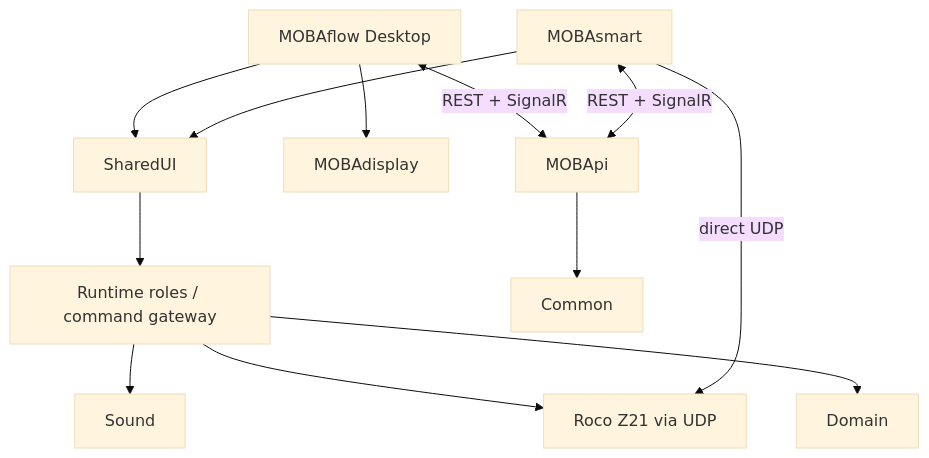
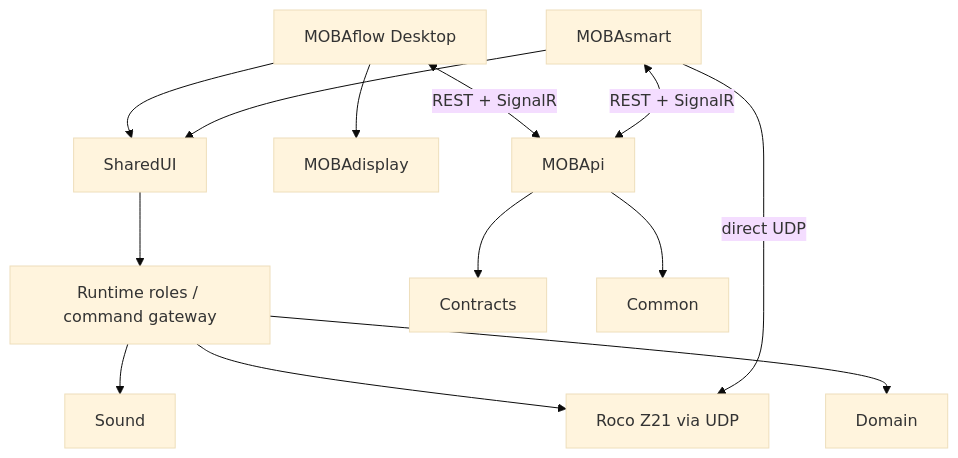
One commit to ahuelsmann/MOBAflow changed the diagram in docs/PROJECT-REFERENCE.md. Above: the diagram before and after it, drawn with Mermaid (base theme). The commit also changed other lines of this file and 8 other files, not shown here.

````diff
--- a/docs/PROJECT-REFERENCE.md
+++ b/docs/PROJECT-REFERENCE.md
@@ -45,14 +45,15 @@
 ```mermaid
 flowchart TD
     WinUI["MOBAflow Desktop"] --> SharedUI
     Android["MOBAsmart"] --> SharedUI
     SharedUI --> Runtime["Runtime roles / command gateway"]
     Runtime --> Z21["Roco Z21 via UDP"]
     Runtime --> Domain
     Runtime --> Sound
     WinUI --> Display["MOBAdisplay"]
     WinUI <-->|"REST + SignalR"| API["MOBApi"]
     Android <-->|"REST + SignalR"| API
     Android -->|"direct UDP"| Z21
+    API --> Contracts
     API --> Common
 ```
````
